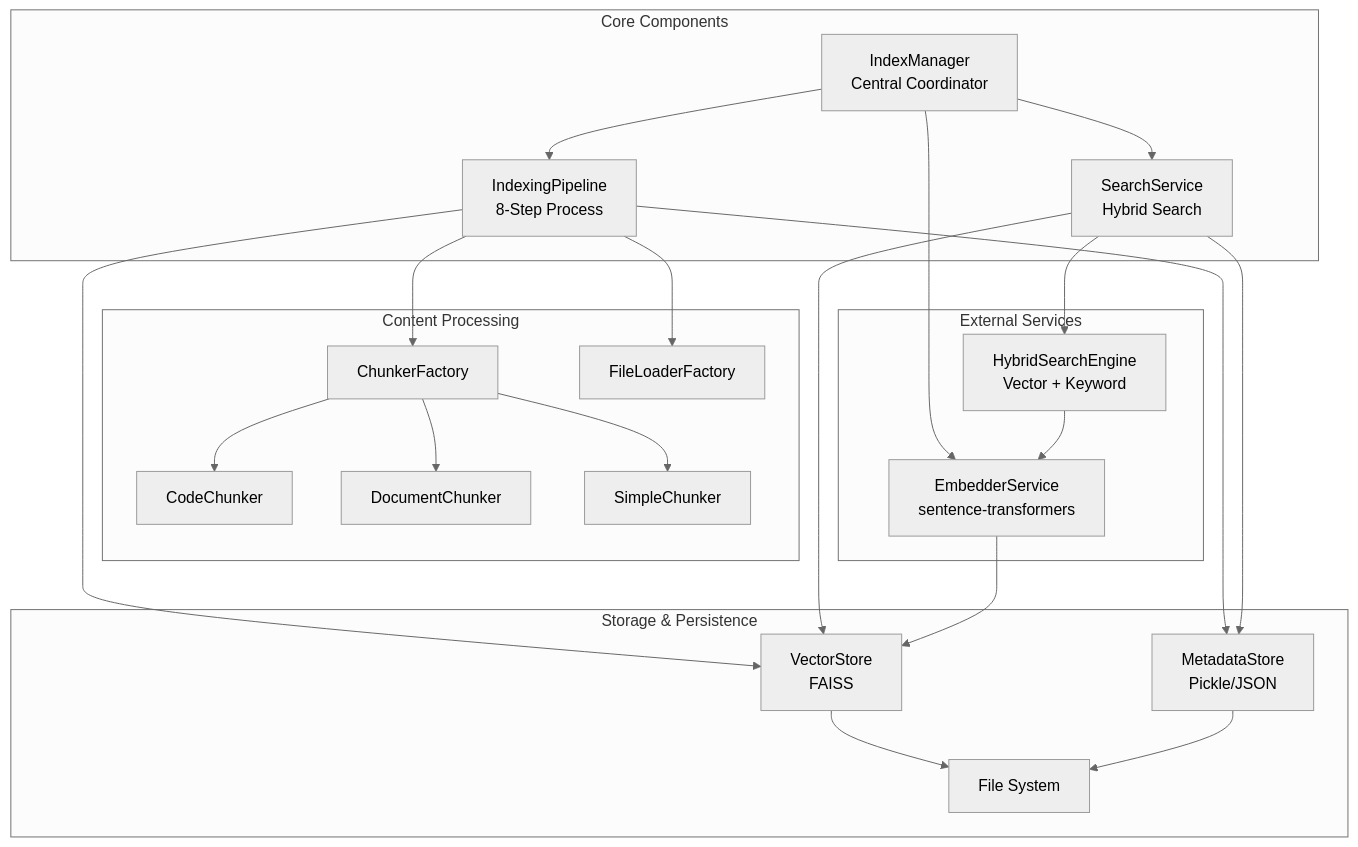
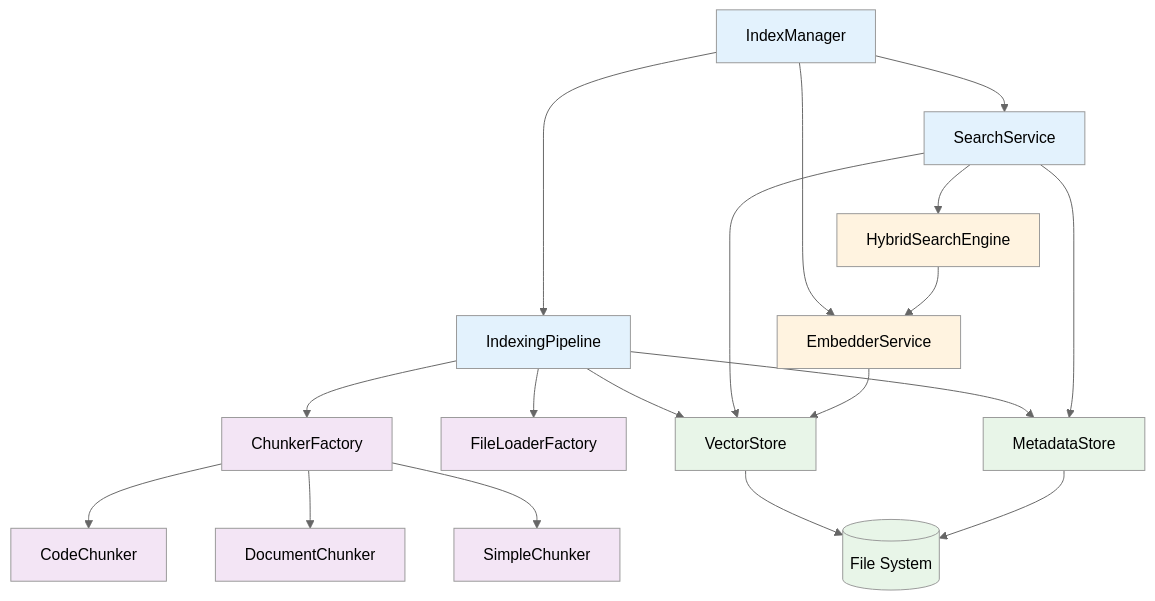
The second of 3 diagrams in docs/ARCHITECTURE.md (tbrandenburg/pycontextify), drawn with Mermaid (neutral theme) before and after one commit. The commit also changed other lines of this file, not shown here.

````diff
--- a/docs/ARCHITECTURE.md
+++ b/docs/ARCHITECTURE.md
@@ -266,50 +238,35 @@
 ```mermaid
-graph TD
-    subgraph "Core Components"
-        IM[IndexManager<br/>Central Coordinator]
-        IP[IndexingPipeline<br/>8-Step Process]
-        SS[SearchService<br/>Hybrid Search]
-    end
+flowchart TD
+    IM[IndexManager] --> IP[IndexingPipeline]
+    IM --> SS[SearchService]
+    IM --> ES[EmbedderService]
     
-    subgraph "Content Processing"
-        CF[ChunkerFactory]
-        CC[CodeChunker]
-        DC[DocumentChunker]
-        SC[SimpleChunker]
-        FL[FileLoaderFactory]
-    end
+    IP --> CF[ChunkerFactory]
+    IP --> FL[FileLoaderFactory]
+    IP --> VS[VectorStore]
+    IP --> MS[MetadataStore]
     
-    subgraph "Storage & Persistence"
-        VS[VectorStore<br/>FAISS]
-        MS[MetadataStore<br/>Pickle/JSON]
-        FS[File System]
-    end
+    CF --> CC[CodeChunker]
+    CF --> DC[DocumentChunker]
+    CF --> SC[SimpleChunker]
     
-    subgraph "External Services"
-        ES[EmbedderService<br/>sentence-transformers]
-        HS[HybridSearchEngine<br/>Vector + Keyword]
-    end
-    
-    IM --> IP
-    IM --> SS
-    IM --> ES
-    
-    IP --> CF
-    IP --> FL
-    IP --> VS
-    IP --> MS
-    
-    CF --> CC
-    CF --> DC
-    CF --> SC
-    
-    SS --> HS
+    SS --> HS[HybridSearchEngine]
     SS --> VS
     SS --> MS
     
-    VS --> FS
+    VS --> FS[(File System)]
     MS --> FS
     
     ES --> VS
     HS --> ES
+    
+    classDef coreComponent fill:#e3f2fd
+    classDef processing fill:#f3e5f5  
+    classDef storage fill:#e8f5e8
+    classDef service fill:#fff3e0
+    
+    class IM,IP,SS coreComponent
+    class CF,CC,DC,SC,FL processing
+    class VS,MS,FS storage
+    class ES,HS service
 ```
````
